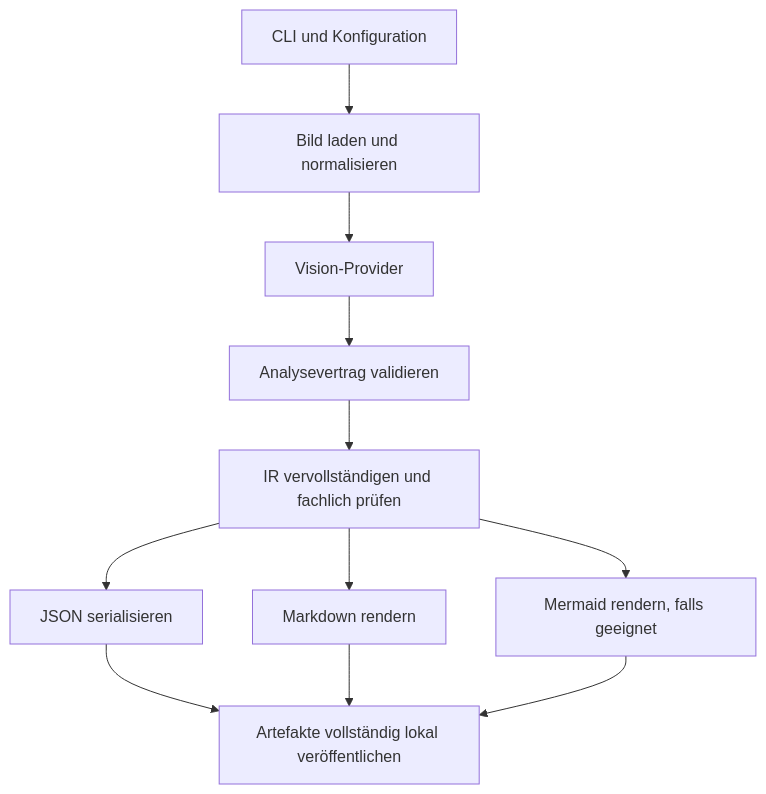
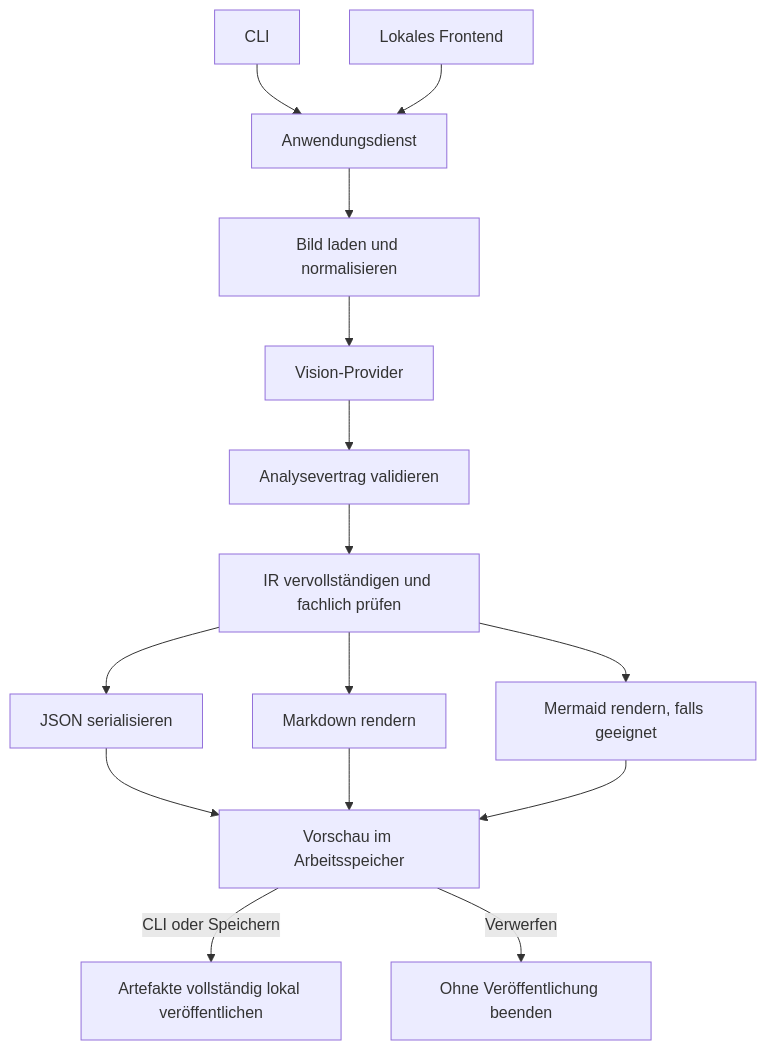
The diagram in docs/architecture.md (Sebastian1981/Notes2StructureAI), drawn with Mermaid before and after one commit. The commit also changed other lines of this file and 13 other files, not shown here.

Commit message:
add local preview frontend

````diff
--- a/docs/architecture.md
+++ b/docs/architecture.md
@@ -23,13 +24,17 @@
 ```mermaid
 flowchart TD
-    CLI[CLI und Konfiguration] --> LOAD[Bild laden und normalisieren]
+    CLI[CLI] --> APP[Anwendungsdienst]
+    UI[Lokales Frontend] --> APP
+    APP --> LOAD[Bild laden und normalisieren]
     LOAD --> PROVIDER[Vision-Provider]
     PROVIDER --> VALIDATE[Analysevertrag validieren]
     VALIDATE --> IR[IR vervollständigen und fachlich prüfen]
     IR --> JSON[JSON serialisieren]
     IR --> MD[Markdown rendern]
     IR --> MMD[Mermaid rendern, falls geeignet]
-    JSON --> WRITE[Artefakte vollständig lokal veröffentlichen]
-    MD --> WRITE
-    MMD --> WRITE
+    JSON --> PREVIEW[Vorschau im Arbeitsspeicher]
+    MD --> PREVIEW
+    MMD --> PREVIEW
+    PREVIEW -->|CLI oder Speichern| WRITE[Artefakte vollständig lokal veröffentlichen]
+    PREVIEW -->|Verwerfen| DROP[Ohne Veröffentlichung beenden]
 ```
````
